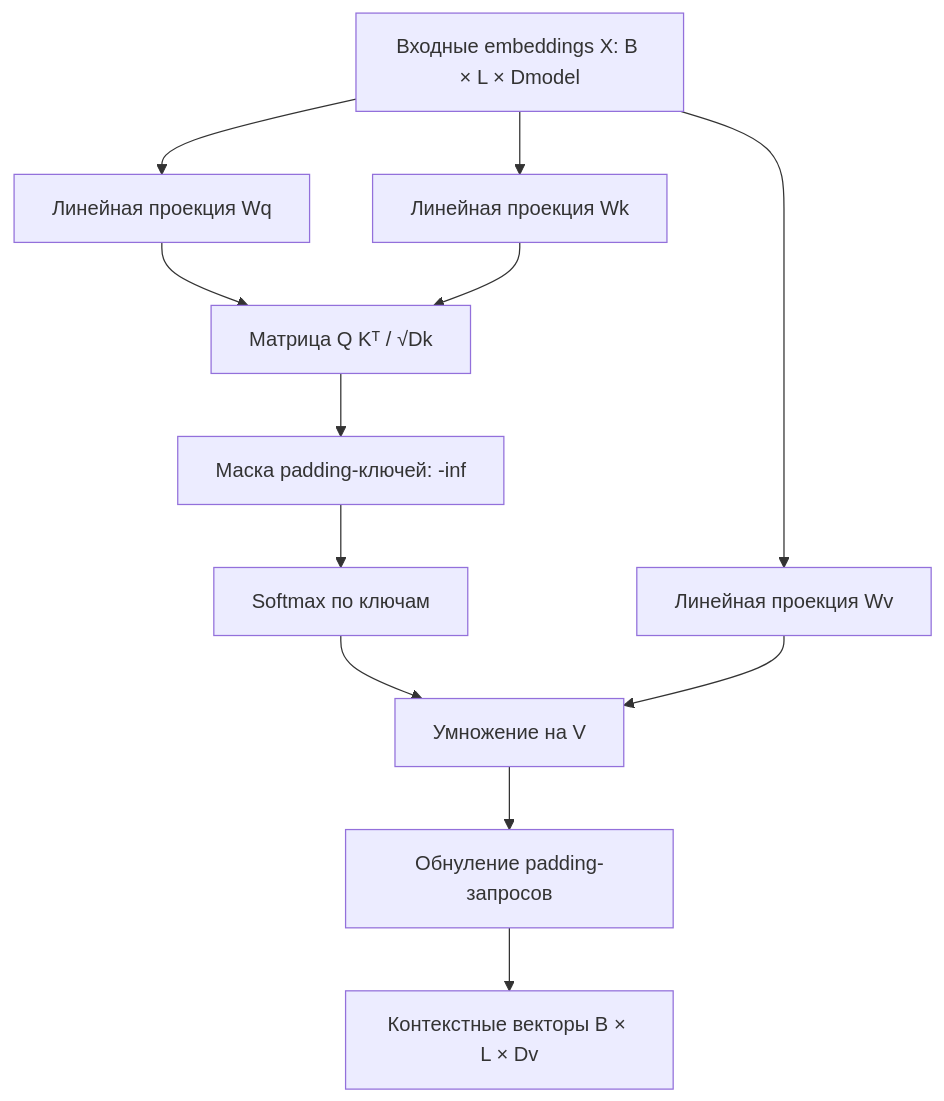
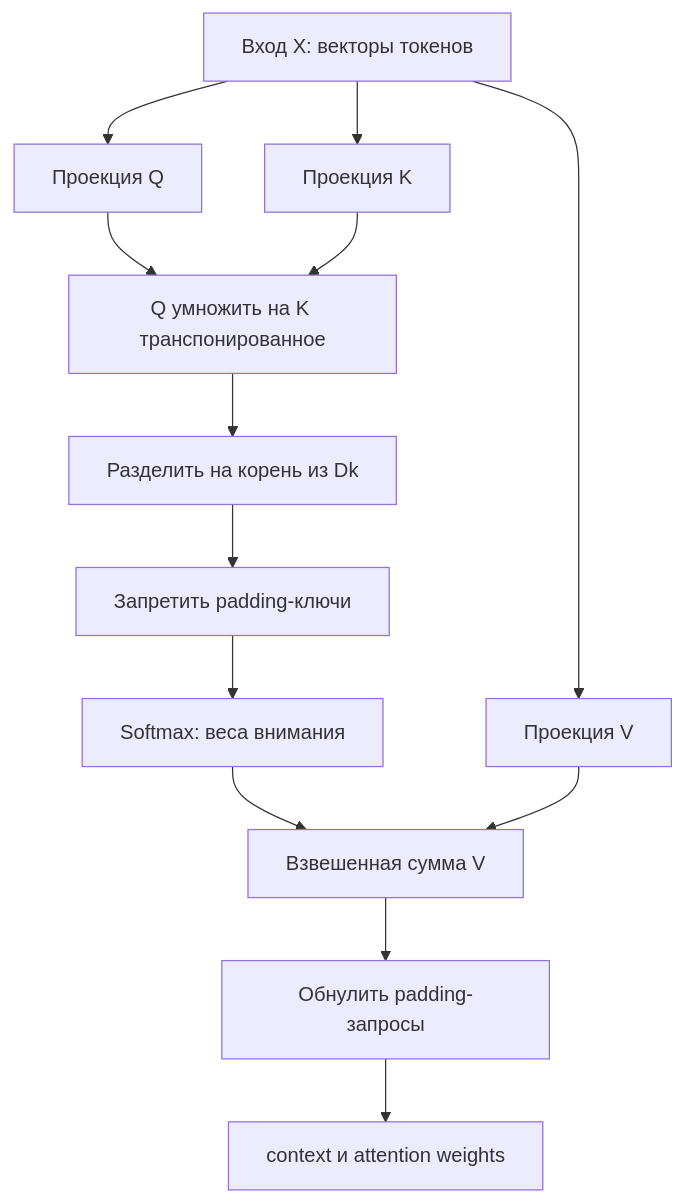
The diagram in docs/steps/F3_01_transformer_attention.md (trasher88/ml-engineering-lab), drawn with Mermaid before and after one commit. The commit also changed other lines of this file and 27 other files, not shown here.

````diff
--- a/docs/steps/F3_01_transformer_attention.md
+++ b/docs/steps/F3_01_transformer_attention.md
@@ -163,15 +199,15 @@
 ```mermaid
 flowchart TD
-    X[Входные embeddings X: B × L × Dmodel]
-    X --> Q[Линейная проекция Wq]
-    X --> K[Линейная проекция Wk]
-    X --> V[Линейная проекция Wv]
-    Q --> S[Матрица Q Kᵀ / √Dk]
+    X[Вход X: векторы токенов] --> Q[Проекция Q]
+    X --> K[Проекция K]
+    X --> V[Проекция V]
+    Q --> S[Q умножить на K транспонированное]
     K --> S
-    S --> M[Маска padding-ключей: -inf]
-    M --> A[Softmax по ключам]
-    A --> H[Умножение на V]
+    S --> Scale[Разделить на корень из Dk]
+    Scale --> Mask[Запретить padding-ключи]
+    Mask --> A[Softmax: веса внимания]
+    A --> H[Взвешенная сумма V]
     V --> H
-    H --> O[Обнуление padding-запросов]
-    O --> R[Контекстные векторы B × L × Dv]
+    H --> Zero[Обнулить padding-запросы]
+    Zero --> Out[context и attention weights]
 ```
````
